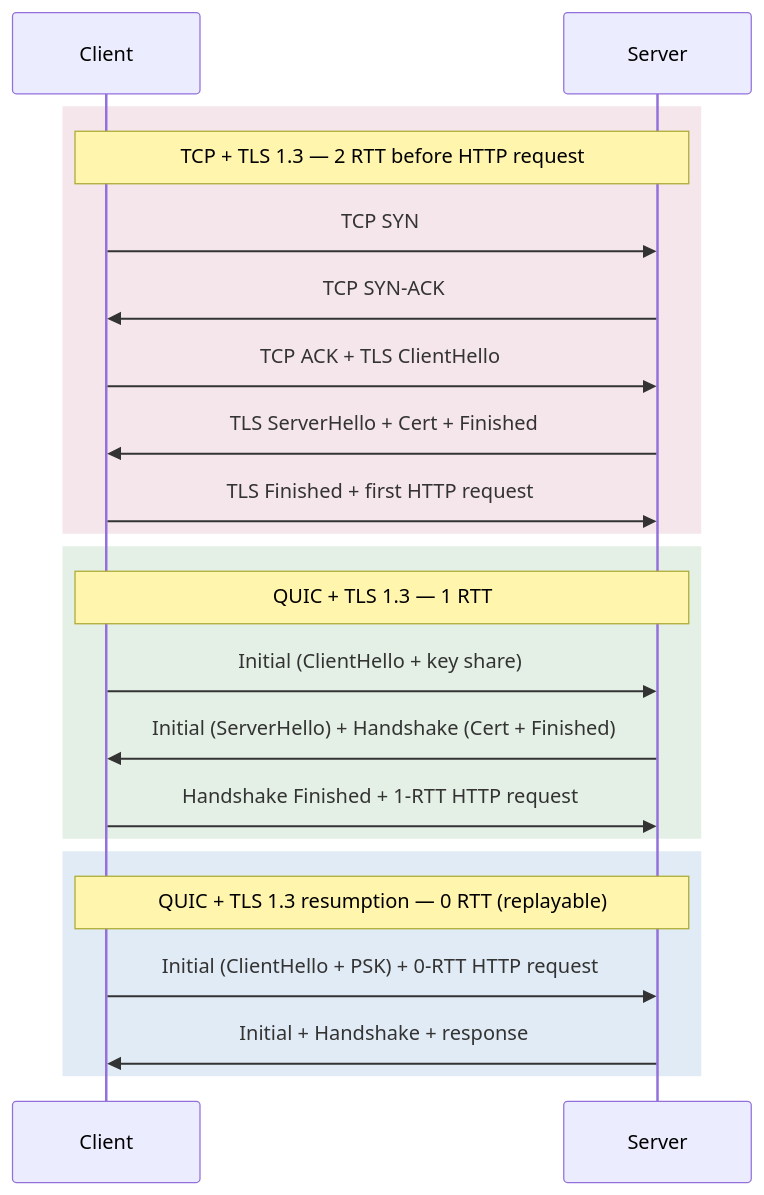
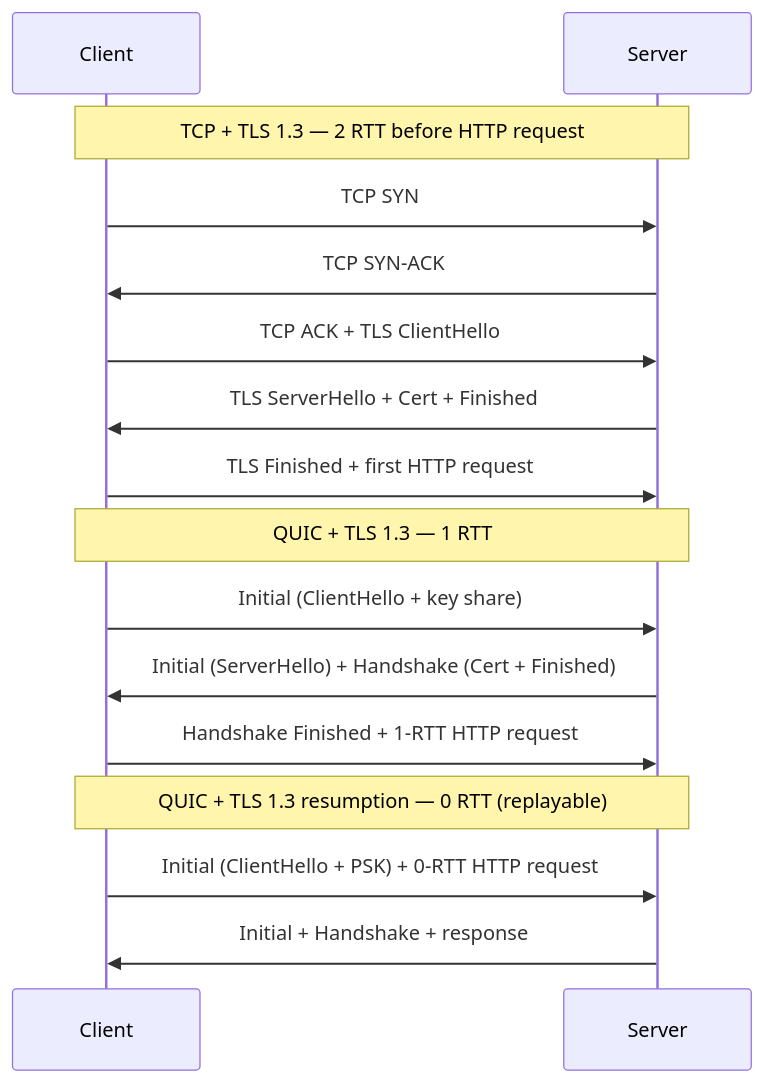
One commit to sujeet-pro/sujeet.pro changed the diagram in content/articles/http3-quic-and-tls/diagrams/handshake-rtt-comparison.mermaid. Above: the diagram before and after it, drawn with Mermaid. The commit also changed 2057 other files, not shown here.

```diff
--- a/content/articles/http3-quic-and-tls/diagrams/handshake-rtt-comparison.mermaid
+++ b/content/articles/http3-quic-and-tls/diagrams/handshake-rtt-comparison.mermaid
@@ -1,28 +1,22 @@
 %% Diagram: Handshake RTT comparison — TCP+TLS vs QUIC+TLS
 %% Type: sequence
 %%{init: {'htmlLabels': false}}%%
 sequenceDiagram
     participant C as Client
     participant S as Server
 
-    rect rgb(245, 230, 235)
     Note over C,S: TCP + TLS 1.3 — 2 RTT before HTTP request
     C->>S: TCP SYN
     S->>C: TCP SYN-ACK
     C->>S: TCP ACK + TLS ClientHello
     S->>C: TLS ServerHello + Cert + Finished
     C->>S: TLS Finished + first HTTP request
-    end
 
-    rect rgb(228, 240, 230)
     Note over C,S: QUIC + TLS 1.3 — 1 RTT
     C->>S: Initial (ClientHello + key share)
     S->>C: Initial (ServerHello) + Handshake (Cert + Finished)
     C->>S: Handshake Finished + 1-RTT HTTP request
-    end
 
-    rect rgb(225, 235, 245)
     Note over C,S: QUIC + TLS 1.3 resumption — 0 RTT (replayable)
     C->>S: Initial (ClientHello + PSK) + 0-RTT HTTP request
     S->>C: Initial + Handshake + response
-    end
```
